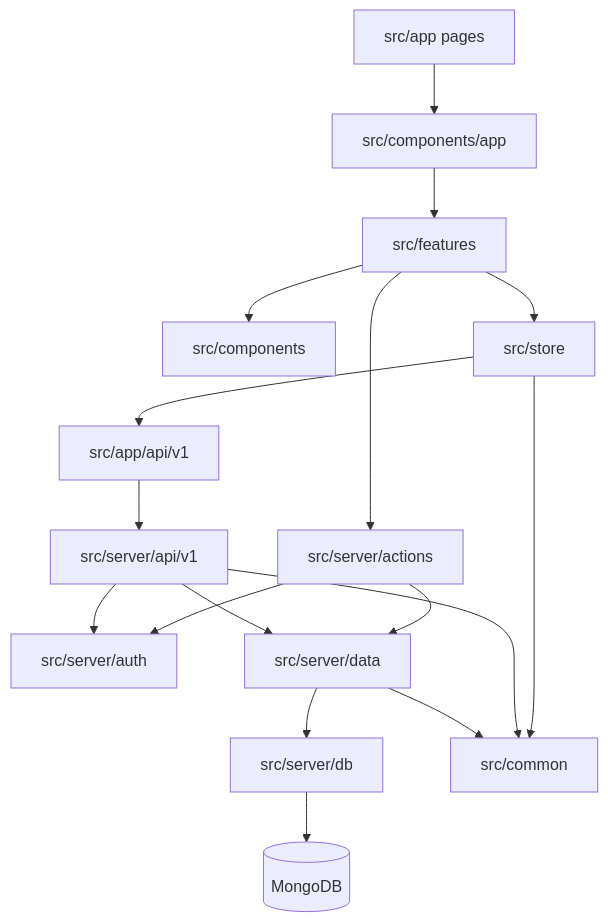
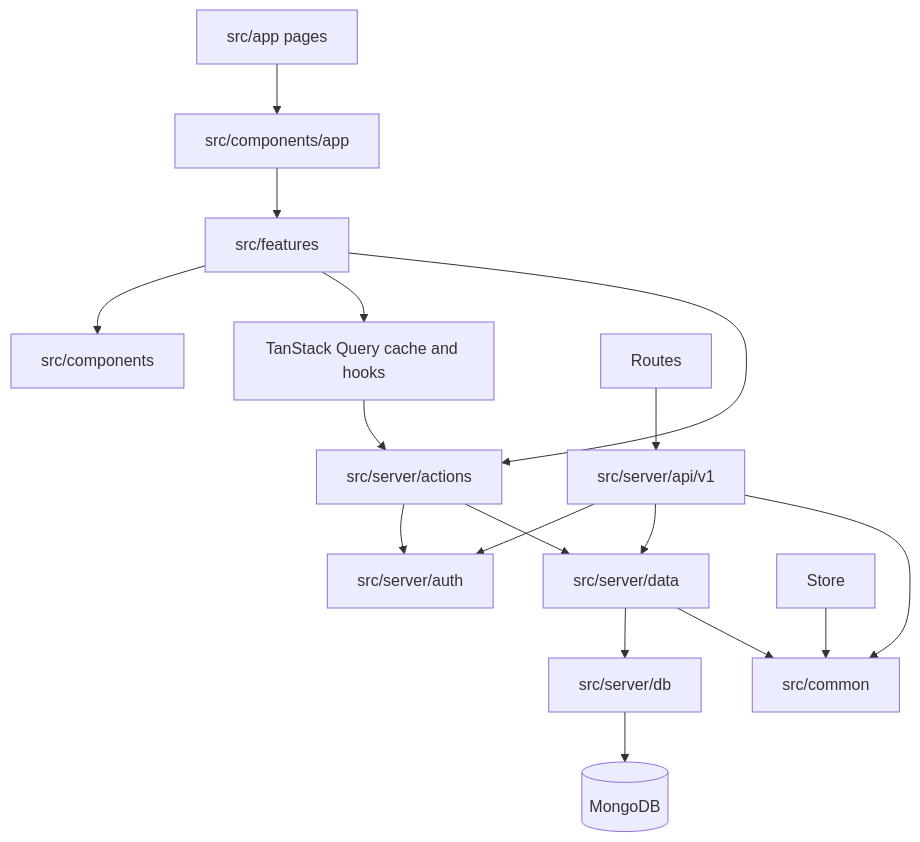
One commit to danikas2k2/rusys changed the second of 3 diagrams in docs/ARCHITECTURE.md. Above: the diagram before and after it, drawn with Mermaid. The commit also changed other lines of this file and 385 other files, not shown here.

````diff
--- a/docs/ARCHITECTURE.md
+++ b/docs/ARCHITECTURE.md
@@ -75,19 +77,19 @@
 ```mermaid
 flowchart TB
     App["src/app pages"] --> Shell["src/components/app"]
     Shell --> Features["src/features"]
     Features --> Components["src/components"]
-    Features --> Store["src/store"]
+    Features --> Query["TanStack Query cache and hooks"]
     Features --> Actions["src/server/actions"]
-    Store --> Routes["src/app/api/v1"]
+    Query --> Actions
     Routes --> Handlers["src/server/api/v1"]
     Actions --> Auth["src/server/auth"]
     Handlers --> Auth
     Actions --> Data["src/server/data"]
     Handlers --> Data
     Data --> DB["src/server/db"]
     DB --> Mongo[(MongoDB)]
     Store --> Common["src/common"]
     Handlers --> Common
     Data --> Common
 ```
````
